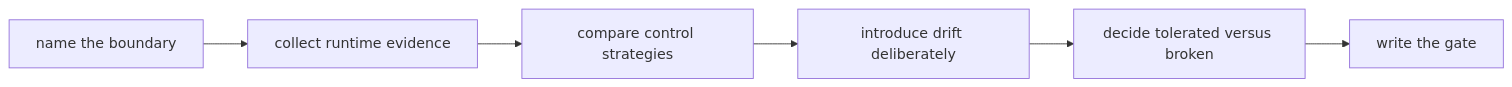
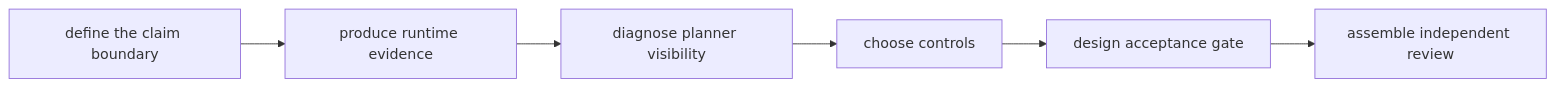
The second of 3 diagrams in programs/reproducible-research/deep-dive-dvc/course-book/module-03-execution-environments-reproducible-inputs/exercises.md (bijux/bijux-masterclass), drawn with Mermaid before and after one commit. The commit also changed other lines of this file, not shown here.

Commit message:
docs(dvc): make runtime practice produce reviewable evidence

````diff
--- a/programs/reproducible-research/deep-dive-dvc/course-book/module-03-execution-environments-reproducible-inputs/exercises.md
+++ b/programs/reproducible-research/deep-dive-dvc/course-book/module-03-execution-environments-reproducible-inputs/exercises.md
@@ -92,11 +18,8 @@
 ```mermaid
 flowchart LR
-  boundary["name the boundary"]
-  evidence["collect runtime evidence"]
-  compare["compare control strategies"]
-  drift["introduce drift deliberately"]
-  decide["decide tolerated versus broken"]
-  govern["write the gate"]
-
-  boundary --> evidence --> compare --> drift --> decide --> govern
+  boundary["define the claim boundary"] --> packet["produce runtime evidence"]
+  packet --> diagnosis["diagnose planner visibility"]
+  diagnosis --> strategy["choose controls"]
+  strategy --> gate["design acceptance gate"]
+  gate --> review["assemble independent review"]
 ```
````
